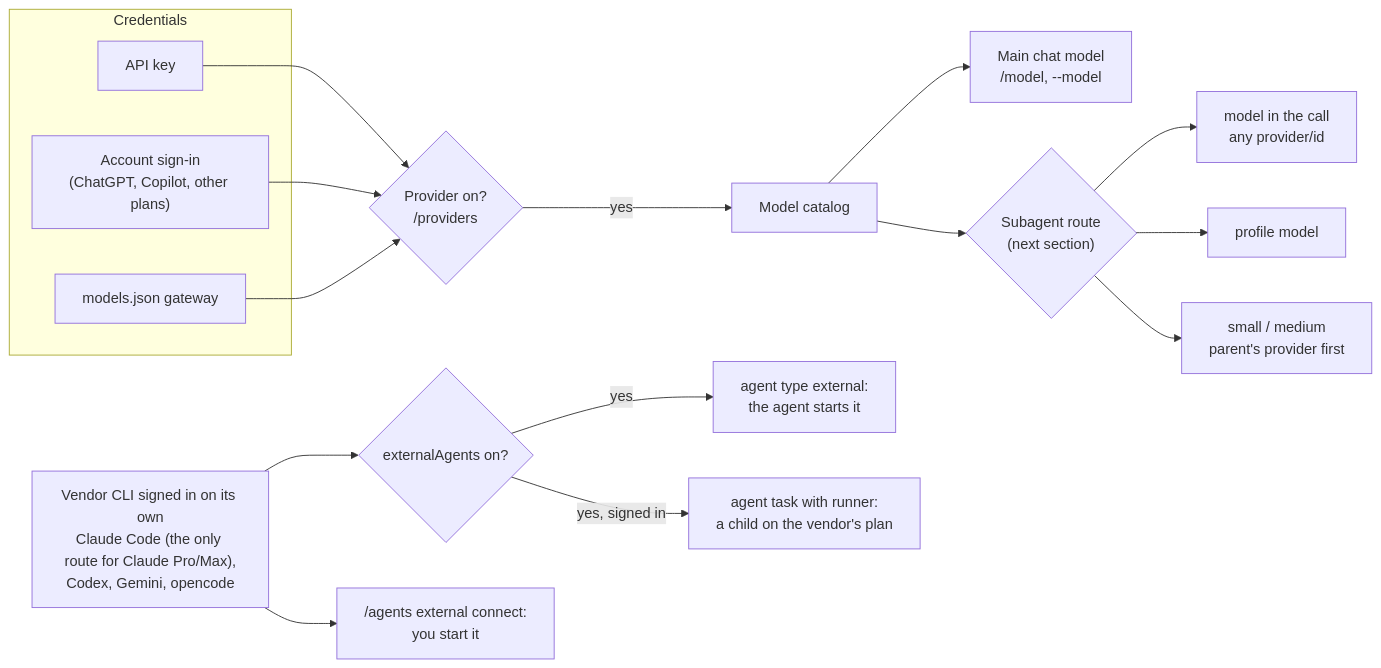
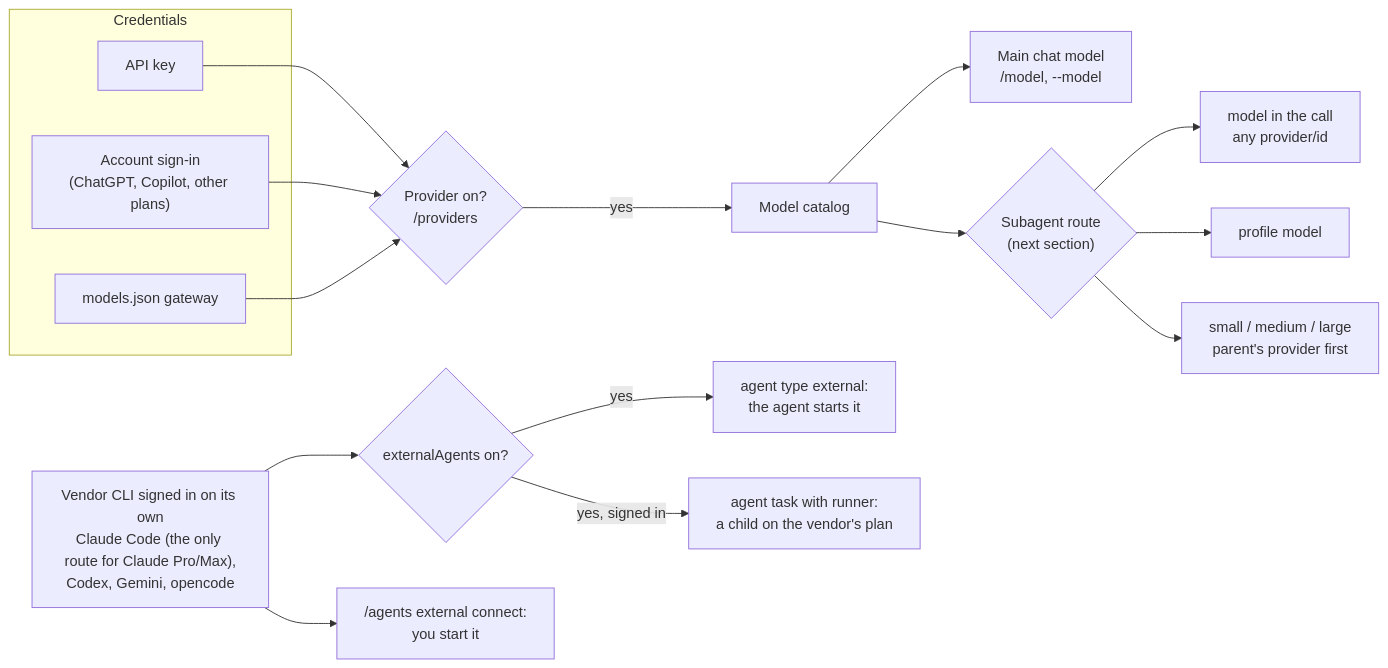
Before and after one commit to bgauryy/octocode-coding-agent: the ninth of 22 diagrams in packages/coding-agent/docs/native-features.md, drawn with Mermaid. The commit also changed other lines of this file and 1026 other files, not shown here.

````diff
--- a/packages/coding-agent/docs/native-features.md
+++ b/packages/coding-agent/docs/native-features.md
@@ -501,19 +549,19 @@
 ```mermaid
 flowchart LR
   subgraph Credentials
     K[API key]
     O["Account sign-in<br/>(ChatGPT, Copilot, other plans)"]
     J[models.json gateway]
   end
   K & O & J --> P{"Provider on?<br/>/providers"}
   P -->|yes| C[Model catalog]
   C --> MAIN["Main chat model<br/>/model, --model"]
   C --> SUB{"Subagent route<br/>(next section)"}
   SUB --> T1["model in the call<br/>any provider/id"]
   SUB --> T2["profile model"]
-  SUB --> T3["small / medium<br/>parent's provider first"]
+  SUB --> T3["small / medium / large<br/>parent's provider first"]
   V["Vendor CLI signed in on its own<br/>Claude Code (the only route for Claude Pro/Max),<br/>Codex, Gemini, opencode"] --> X{"externalAgents on?"}
   X -->|yes| EA["agent type external:<br/>the agent starts it"]
   V --> EU["/agents external connect:<br/>you start it"]
   X -->|yes, signed in| RT["agent task with runner:<br/>a child on the vendor's plan"]
 ```
````
